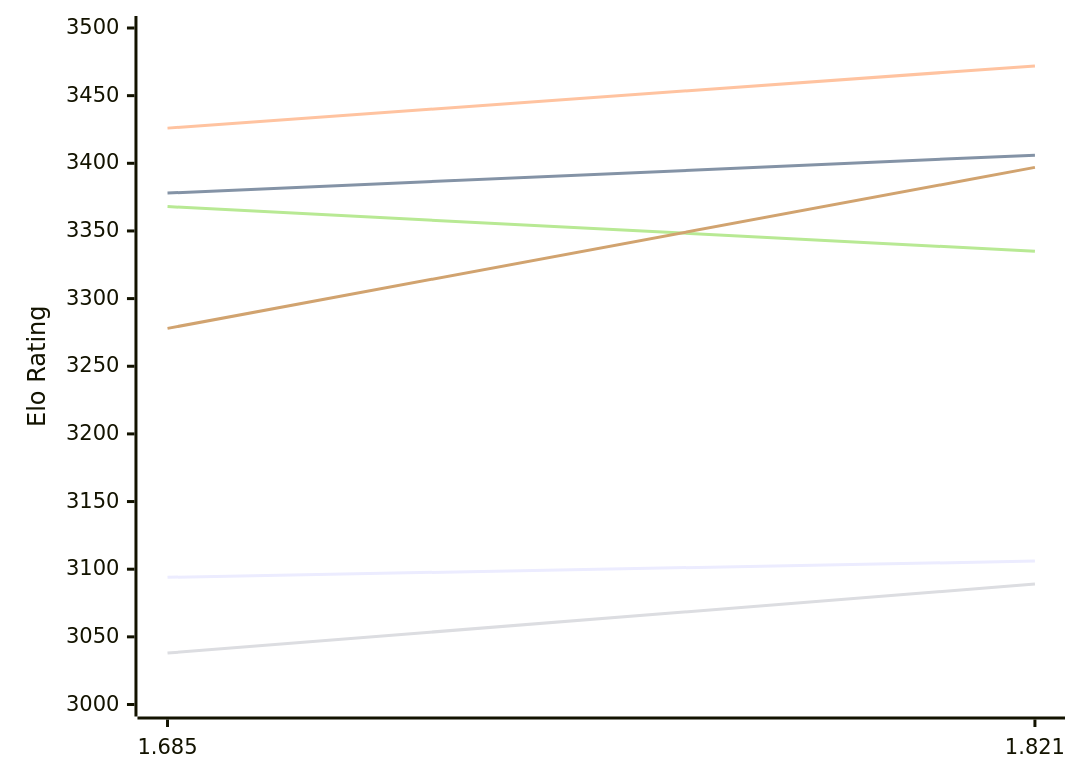
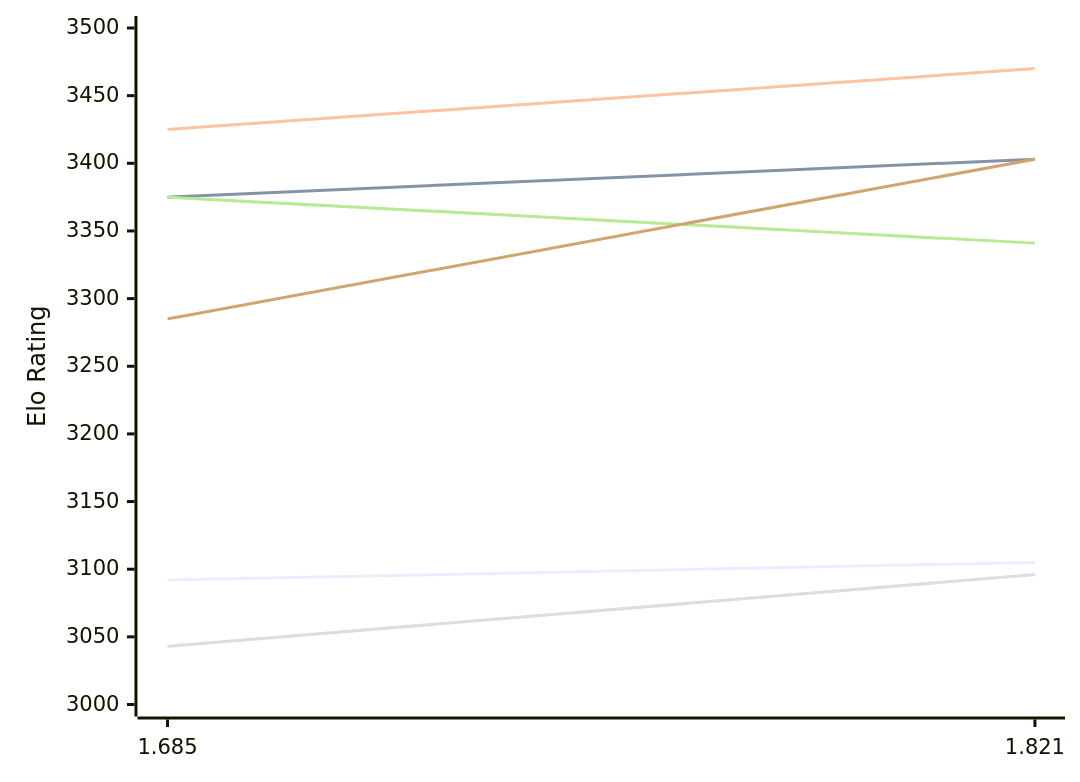
The first of 2 diagrams in engines/Malika.md (computer-chess-index/cci), drawn with Mermaid before and after one commit. The commit also changed other lines of this file, not shown here.

Commit message:
Update CCI Ratings (ELO VLTC) - 2026-11-23

````diff
--- a/engines/Malika.md
+++ b/engines/Malika.md
@@ -54,12 +54,12 @@
 ```mermaid
 %%{init: {"theme":"base","themeVariables":{"seriesColors:['#a3a3a3','#222221','#faa371']}}}%%
 xychart-beta
   x-axis ["1.685", "1.821"]
   y-axis "Elo Rating" 3000 --> 3500
-  line "E1: STC (8.0+0.08s)" [3094, 3106]
-  line "E1: LTC (60.0+0.60s)" [3378, 3406]
-  line "E1: VLTC (2m24s+1.12s)" [3426, 3472]
-  line "P1: STC (8.0+0.08s)" [3038, 3089]
-  line "P1: LTC (60.0+0.60s)" [3368, 3335]
-  line "P1: VLTC (2m24s+1.12s)" [3278, 3397]
+  line "E1: STC (8.0+0.08s)" [3092, 3105]
+  line "E1: LTC (60.0+0.60s)" [3375, 3403]
+  line "E1: VLTC (2m24s+1.12s)" [3425, 3470]
+  line "P1: STC (8.0+0.08s)" [3043, 3096]
+  line "P1: LTC (60.0+0.60s)" [3375, 3341]
+  line "P1: VLTC (2m24s+1.12s)" [3285, 3403]
 ```
````
